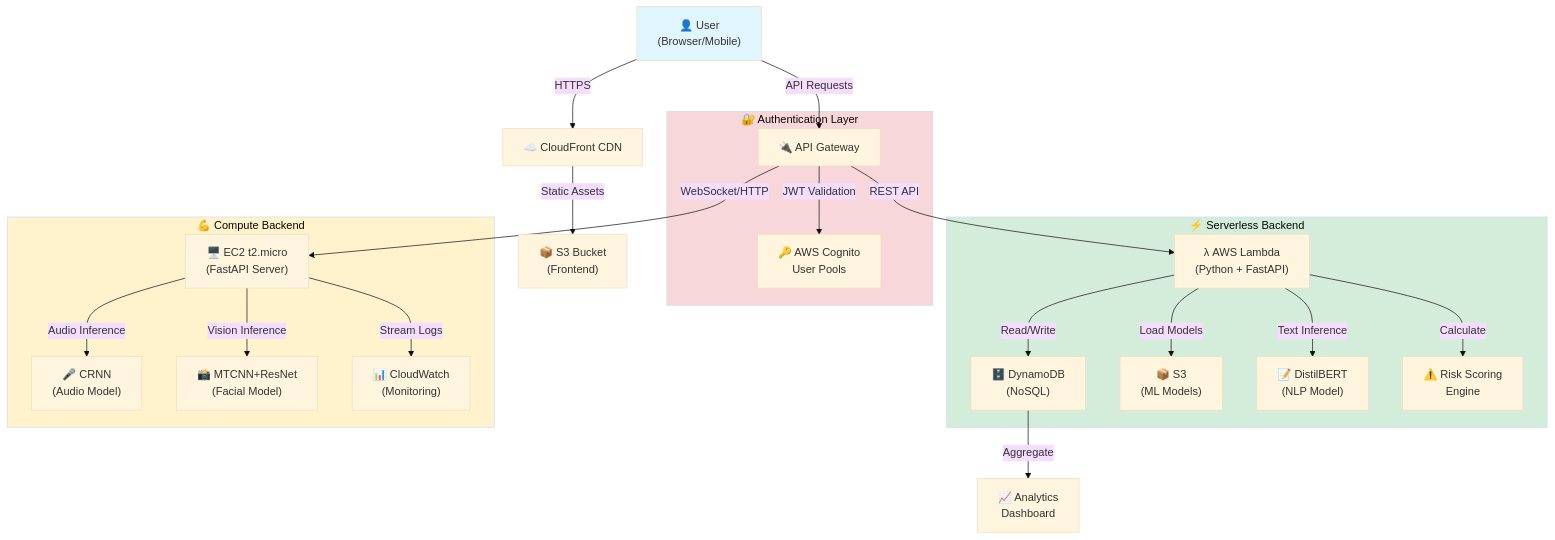
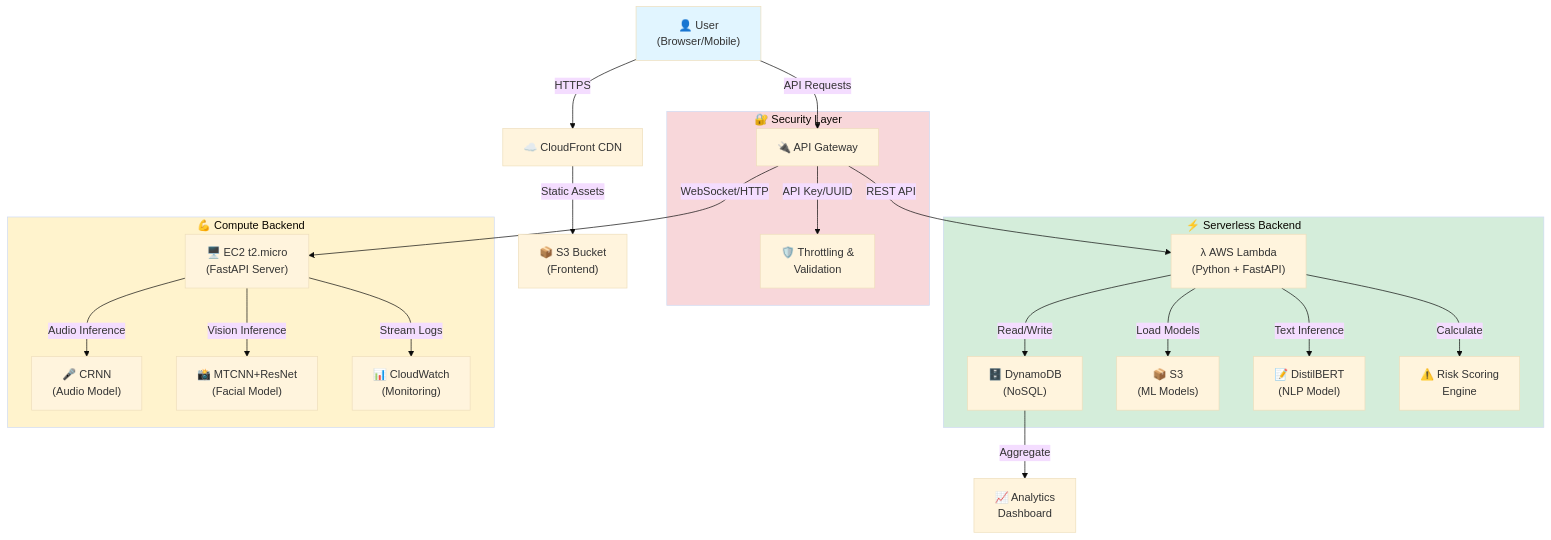
The first of 2 diagrams in README.md (Sagexd08/Serene-Mind-AI-Powered-Mental-Health-Emotion-Detection), drawn with Mermaid (base theme) before and after one commit. The commit also changed other lines of this file and 25 other files, not shown here.

````diff
--- a/README.md
+++ b/README.md
@@ -106,32 +106,32 @@
 ```mermaid
 graph TB
     User["👤 User<br/>(Browser/Mobile)"] -->|HTTPS| CF["☁️ CloudFront CDN"]
     CF -->|Static Assets| S3["📦 S3 Bucket<br/>(Frontend)"] 
     User -->|API Requests| APIG["🔌 API Gateway"]
     
-    subgraph Auth["🔐 Authentication Layer"]
-        APIG -->|JWT Validation| Cognito["🔑 AWS Cognito<br/>User Pools"]
+    subgraph Auth["🔐 Security Layer"]
+        APIG -->|API Key/UUID| Guard["🛡️ Throttling &<br/>Validation"]
     end
     
     subgraph ServerlessBackend["⚡ Serverless Backend"]
         APIG -->|REST API| Lambda["λ AWS Lambda<br/>(Python + FastAPI)"]
         Lambda -->|Read/Write| DDB["🗄️ DynamoDB<br/>(NoSQL)"]        
         Lambda -->|Load Models| S3Models["📦 S3<br/>(ML Models)"]
         Lambda -->|Text Inference| TextModel["📝 DistilBERT<br/>(NLP Model)"]
         Lambda -->|Calculate| RiskEngine["⚠️ Risk Scoring<br/>Engine"]
     end
     
     subgraph ComputeBackend["💪 Compute Backend"]
         APIG -->|WebSocket/HTTP| EC2["🖥️ EC2 t2.micro<br/>(FastAPI Server)"]
         EC2 -->|Audio Inference| AudioModel["🎤 CRNN<br/>(Audio Model)"]
         EC2 -->|Vision Inference| VisionModel["📸 MTCNN+ResNet<br/>(Facial Model)"]
         EC2 -->|Stream Logs| CW["📊 CloudWatch<br/>(Monitoring)"]
     end
     
     DDB -->|Aggregate| Analytics["📈 Analytics<br/>Dashboard"]
     
     style User fill:#e1f5ff
     style ServerlessBackend fill:#d4edda
     style ComputeBackend fill:#fff3cd
     style Auth fill:#f8d7da
 ```
````
